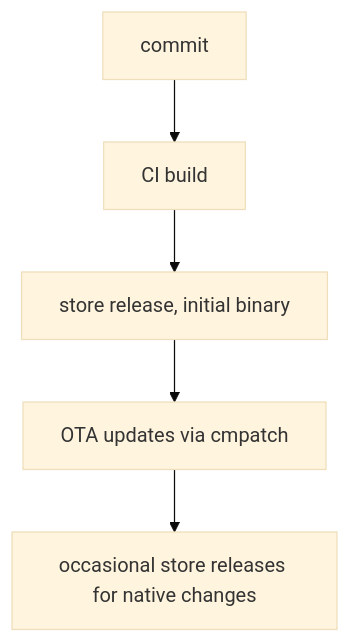
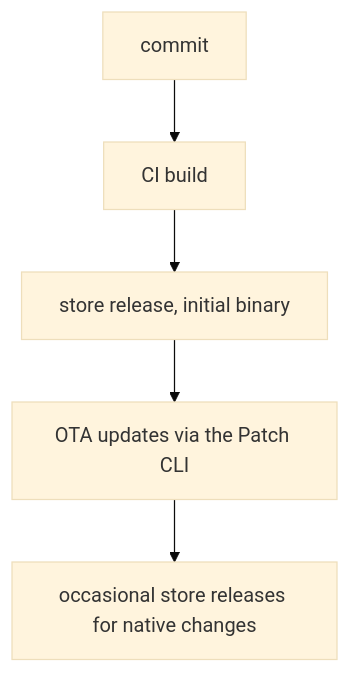
The sixth of 6 diagrams in docs-site/docs/introduction/core-concepts.mdx (codemagic-ci-cd/codemagic-patch), drawn with Mermaid (base theme) before and after one commit. The commit also changed other lines of this file and 436 other files, not shown here.

````diff
--- a/docs-site/docs/introduction/core-concepts.mdx
+++ b/docs-site/docs/introduction/core-concepts.mdx
@@ -129,7 +236,7 @@
 ```mermaid
 flowchart TD
   commit[commit] --> ci[CI build]
   ci --> native[store release, initial binary]
-  native --> ota[OTA updates via cmpatch]
+  native --> ota[OTA updates via the Patch CLI]
   ota --> occasional[occasional store releases for native changes]
 ```
````
